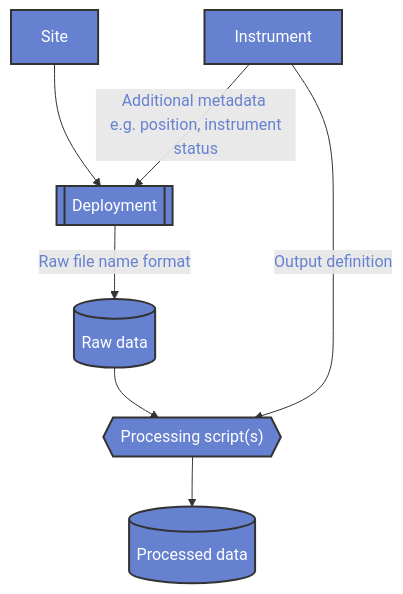
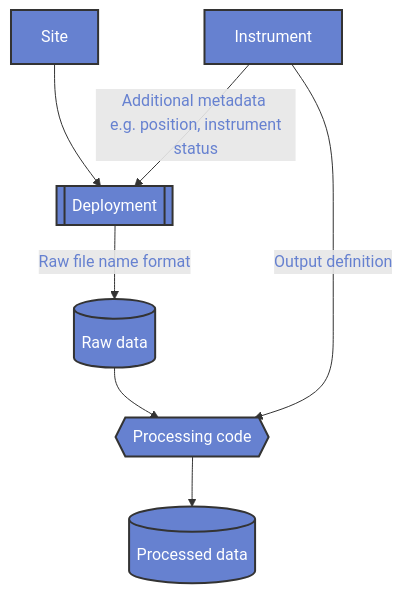
One commit to Urban-Meteorology-Reading/muhd-meta changed the diagram in source/reference_guide/reference_flowchart.mmd. Above: the diagram before and after it, drawn with Mermaid. The commit also changed 259 other files, not shown here.

```diff
--- a/source/reference_guide/reference_flowchart.mmd
+++ b/source/reference_guide/reference_flowchart.mmd
@@ -1,21 +1,29 @@
 graph TD
+
   classDef default fill:#6681d0,color:#ffff,stroke:#333,stroke-width:2px;
   
   linkStyle default color:#6681d0
   
   site[Site]
+
   inst[Instrument]
+
   deployment[[Deployment]]
+
   raw_data[(Raw data)]
-  processing_script{{"Processing script(s)"}}
+
+  processing_script{{"Processing code"}}
+
   processed_data[(Processed data)]
 
   site --> deployment
+
   inst -->|"Additional metadata <br/> e.g. position, instrument status"| deployment
 
   deployment -->|Raw file name format| raw_data
 	
   raw_data --> processing_script
+  
   inst -->|Output definition| processing_script
   
   processing_script --> processed_data
```
